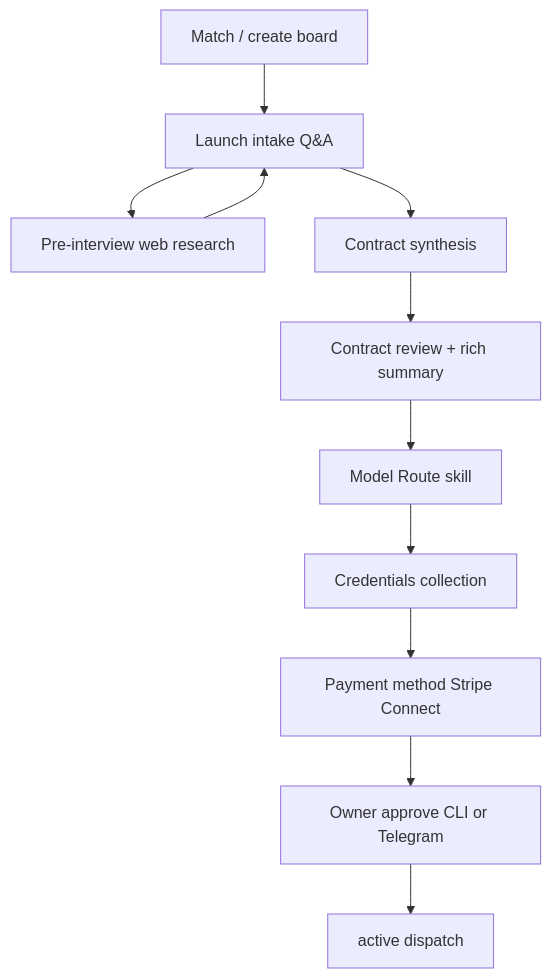
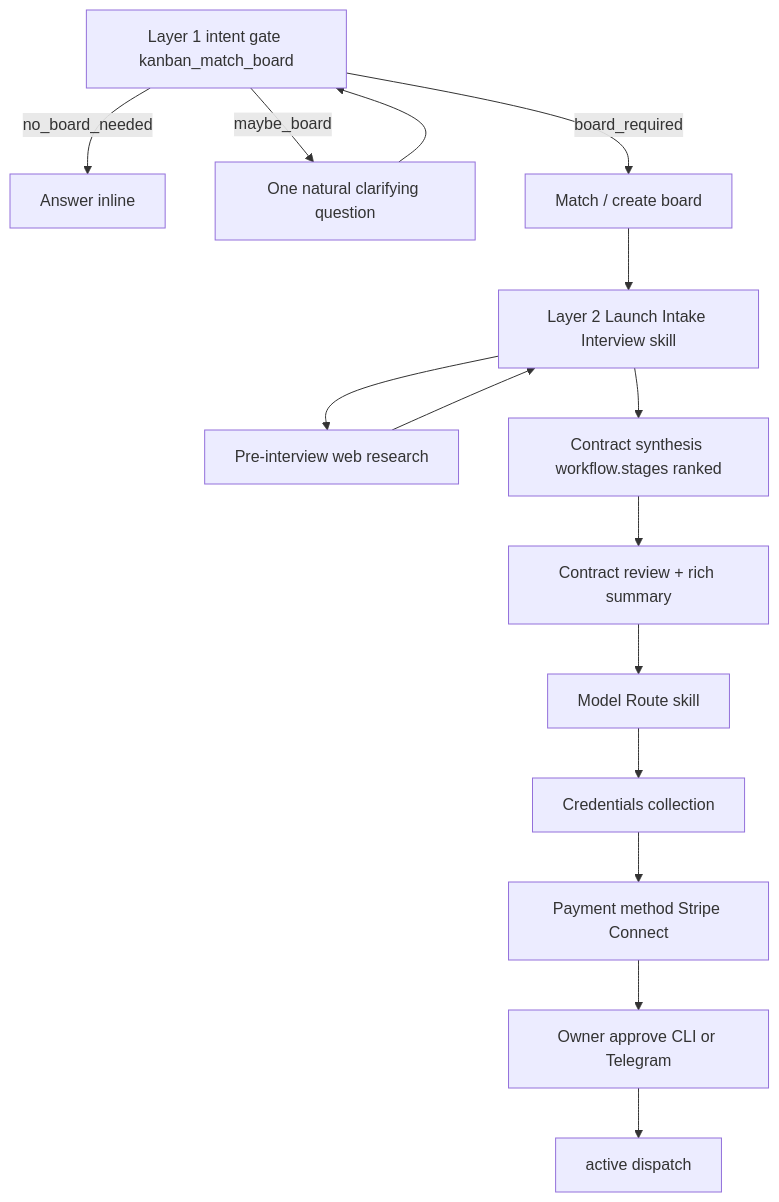
Before and after one commit to mattsegura/hermes-agent: the diagram in docs/kanban-launch-contract-vision.md, drawn with Mermaid. The commit also changed other lines of this file and 9 other files, not shown here.

First line of the commit message:
Add launch intent gate and intake interview skill for kanban routing.

````diff
--- a/docs/kanban-launch-contract-vision.md
+++ b/docs/kanban-launch-contract-vision.md
@@ -7,13 +7,17 @@
 ```mermaid
 flowchart TD
-  match[Match / create board] --> intake[Launch intake Q&A]
+  intent[Layer 1 intent gate kanban_match_board] -->|no_board_needed| inline[Answer inline]
+  intent -->|maybe_board| clarify[One natural clarifying question]
+  clarify --> intent
+  intent -->|board_required| match[Match / create board]
+  match --> intake[Layer 2 Launch Intake Interview skill]
   intake --> research[Pre-interview web research]
   research --> intake
-  intake --> synth[Contract synthesis]
+  intake --> synth[Contract synthesis workflow.stages ranked]
   synth --> review[Contract review + rich summary]
   review --> modelRoute[Model Route skill]
   modelRoute --> creds[Credentials collection]
   creds --> payment[Payment method Stripe Connect]
   payment --> approve[Owner approve CLI or Telegram]
   approve --> active[active dispatch]
 ```
````
